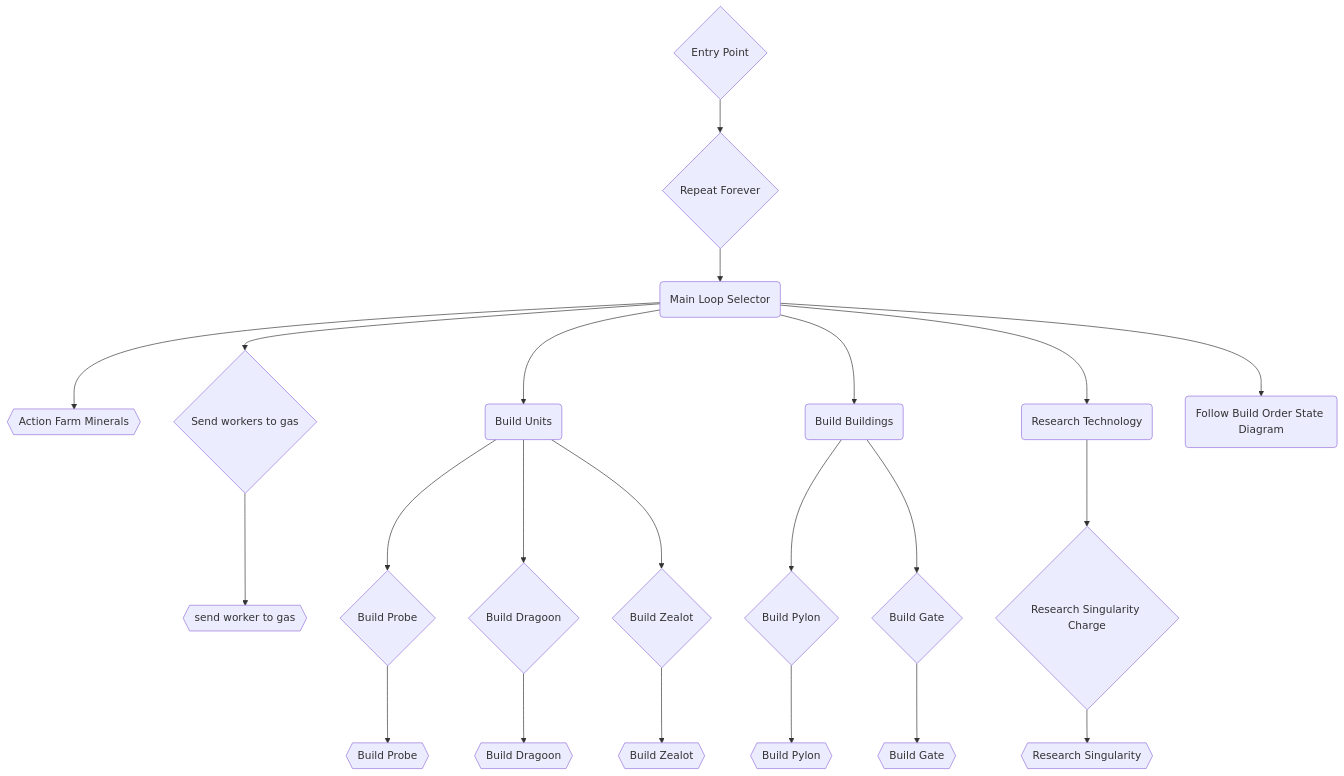
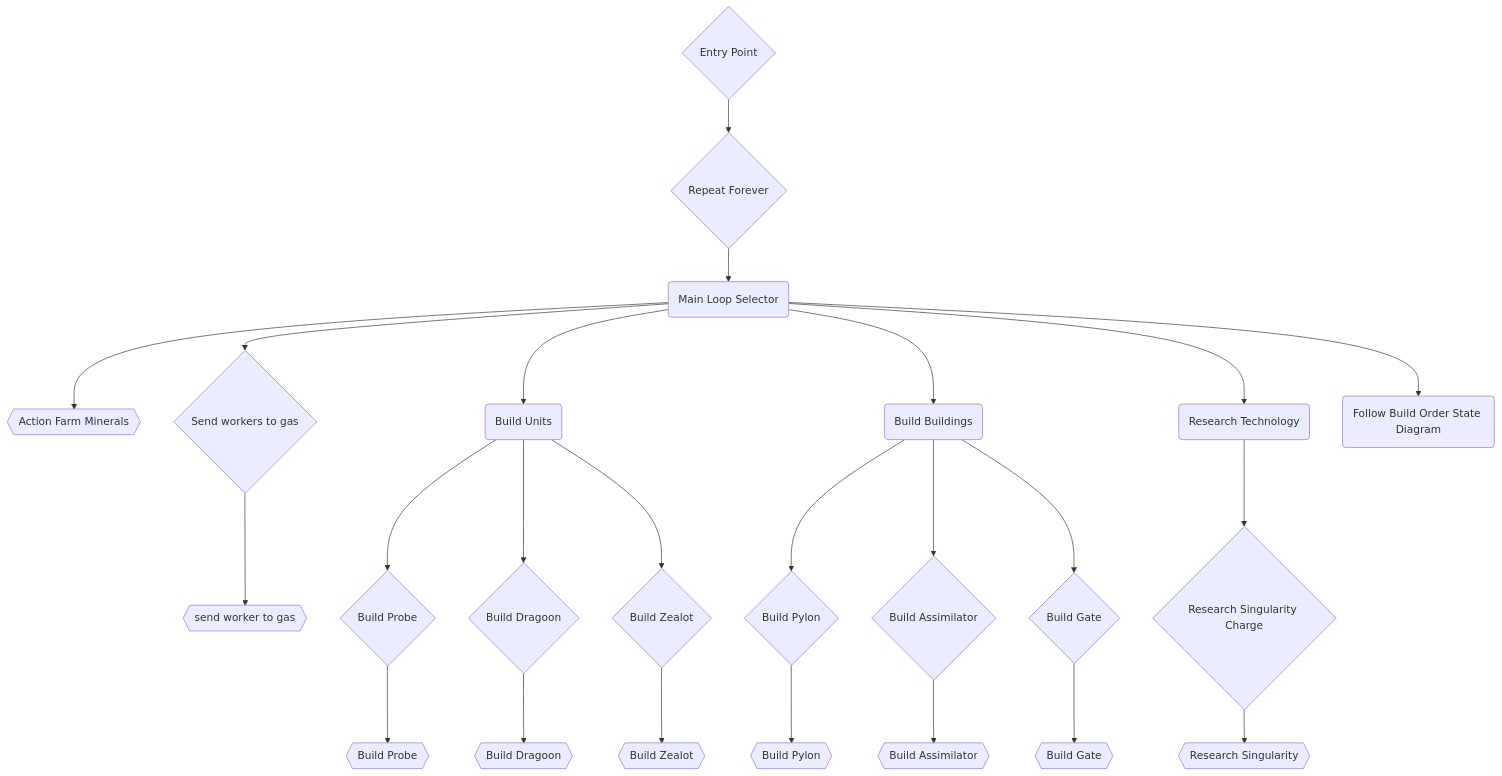
The diagram in README.md (Bicyclette/StarCraft_AI), drawn with Mermaid before and after one commit.

Commit message:
add assimilators to build branch

````diff
--- a/README.md
+++ b/README.md
@@ -43,42 +43,45 @@
 ```mermaid
 flowchart TD
 
 A{Entry Point} --> BB{Repeat Forever}
 BB --> MainSelector(Main Loop Selector)
 MainSelector --> WorkersActionMinerals{{Action Farm Minerals}}
 MainSelector --> WorkersDecoratorGas{Send workers to gas}
 WorkersDecoratorGas --> WorkersActionGas{{send worker to gas}}
 
 
 
 MainSelector --> UnitSelector(Build Units)
 
 UnitSelector --> ProbeDecoratorBuild{Build Probe}
 ProbeDecoratorBuild --> ProbeActionBuild{{Build Probe}}
 
 UnitSelector --> DragoonDecoratorBuild{Build Dragoon}
 DragoonDecoratorBuild --> DragoonActionBuild{{Build Dragoon}}
 
 UnitSelector --> ZealotDecoratorBuild{Build Zealot}
 ZealotDecoratorBuild --> ZealotActionBuild{{Build Zealot}}
 
 
 
 MainSelector --> BuildingSelector(Build Buildings)
 
 BuildingSelector --> PylonDecoratorBuild{Build Pylon}
 PylonDecoratorBuild --> PylonActionBuild{{Build Pylon}}
 
+BuildingSelector --> AssimilatorDecoratorBuild{Build Assimilator}
+AssimilatorDecoratorBuild --> AssimilatorActionBuild{{Build Assimilator}}
+
 BuildingSelector --> GateDecoratorBuild{Build Gate}
 GateDecoratorBuild --> GateActionBuild{{Build Gate}}
 
 
 MainSelector --> ResearchSelector(Research Technology)
 
 ResearchSelector --> ResearchDecoratorSingularity{Research Singularity Charge}
 ResearchDecoratorSingularity --> ResearchActionSingularity{{Research Singularity}}
 
 
 MainSelector --> BuildOrderSelector(Follow Build Order State Diagram)
 
 ```
````
